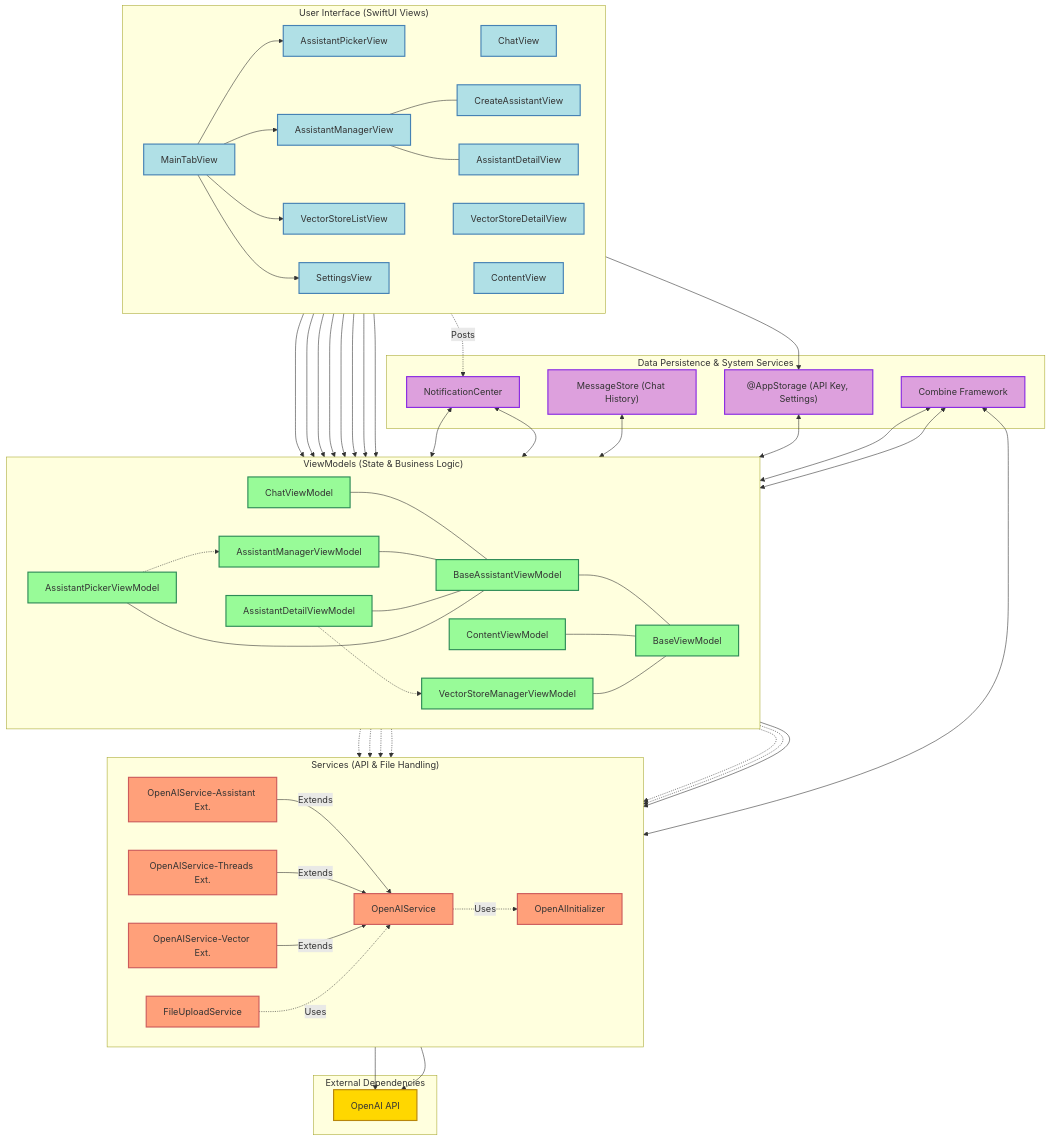
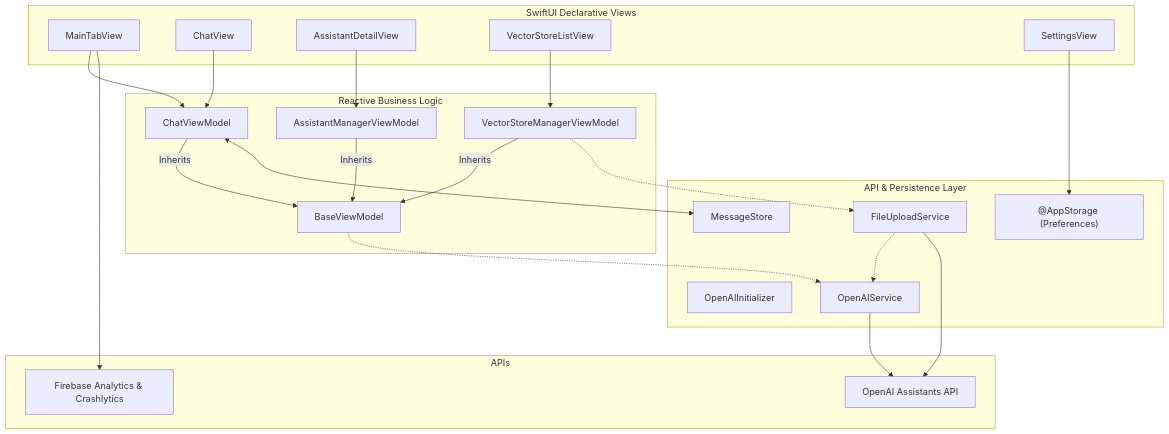
One commit to Gunnarguy/OpenAssistant changed the second of 4 diagrams in README.md. Above: the diagram before and after it, drawn with Mermaid. The commit also changed other lines of this file and 7 other files, not shown here.

`````diff
--- a/README.md
+++ b/README.md
@@ -100,104 +68,52 @@
 ```mermaid
 graph TD
-    subgraph "User Interface (SwiftUI Views)"
-        direction LR
+    subgraph Views [SwiftUI Declarative Views]
+        V_Tab[MainTabView]
         V_Chat[ChatView]
-        V_AsstMgr[AssistantManagerView]
-        V_AsstDetail[AssistantDetailView]
-        V_VecStoreList[VectorStoreListView]
-        V_VecStoreDetail[VectorStoreDetailView]
+        V_Detail[AssistantDetailView]
+        V_Vector[VectorStoreListView]
         V_Settings[SettingsView]
-        V_Picker[AssistantPickerView]
-        V_CreateAsst[CreateAssistantView]
-        V_MainTab[MainTabView]
-        V_Content[ContentView]
     end
 
-    subgraph "ViewModels (State & Business Logic)"
-        direction LR
+    subgraph ViewModels [Reactive Business Logic]
         VM_Base[BaseViewModel]
-        VM_BaseAsst[BaseAssistantViewModel] --- VM_Base
-        VM_Content[ContentViewModel] --- VM_Base
-        VM_Chat[ChatViewModel] --- VM_BaseAsst
-        VM_AsstMgr[AssistantManagerViewModel] --- VM_BaseAsst
-        VM_AsstDetail[AssistantDetailViewModel] --- VM_BaseAsst
-        VM_AsstPicker[AssistantPickerViewModel] --- VM_BaseAsst
-        VM_VecStoreMgr[VectorStoreManagerViewModel] --- VM_Base
+        VM_Chat[ChatViewModel]
+        VM_Asst[AssistantManagerViewModel]
+        VM_Vector[VectorStoreManagerViewModel]
     end
 
-    subgraph "Services (API & File Handling)"
-        direction LR
-        S_OpenAI_Init[OpenAIInitializer]
-        S_OpenAI[OpenAIService] -. Uses .-> S_OpenAI_Init
-        S_OpenAI_AsstExt[OpenAIService-Assistant Ext.] -- Extends --> S_OpenAI
-        S_OpenAI_ThreadExt[OpenAIService-Threads Ext.] -- Extends --> S_OpenAI
-        S_OpenAI_VecExt[OpenAIService-Vector Ext.] -- Extends --> S_OpenAI
-        S_FileUpload[FileUploadService] -. Uses .-> S_OpenAI
+    subgraph Services [API & Persistence Layer]
+        S_Init[OpenAIInitializer]
+        S_API[OpenAIService]
+        S_Upload[FileUploadService]
+        P_Message[MessageStore]
+        P_Storage["@AppStorage (Preferences)"]
     end
 
-    subgraph "Data Persistence & System Services"
-        P_AppStorage["@AppStorage (API Key, Settings)"]
-        P_MessageStore["MessageStore (Chat History)"]
-        P_NotifCenter[NotificationCenter]
-        P_Combine["Combine Framework"]
+    subgraph External [APIs]
+        E_OpenAI[OpenAI Assistants API]
+        E_Firebase[Firebase Analytics & Crashlytics]
     end
 
-    subgraph "External Dependencies"
-        Ext_OpenAI_API[OpenAI API]
-    end
-
-    %% View to ViewModel (User Actions & Data Binding)
-    V_Content --> VM_Content
-    V_MainTab --> V_Picker
-    V_MainTab --> V_AsstMgr
-    V_MainTab --> V_VecStoreList
-    V_MainTab --> V_Settings
-    V_Picker --> VM_AsstPicker
-    V_AsstMgr --> VM_AsstMgr
-    V_AsstMgr --- V_CreateAsst
-    V_AsstMgr --- V_AsstDetail
-    V_CreateAsst --> VM_AsstMgr
-    V_AsstDetail --> VM_AsstDetail
-    V_VecStoreList --> VM_VecStoreMgr
-    V_VecStoreDetail --> VM_VecStoreMgr
+    %% View to VM bindings
+    V_Tab --> VM_Chat
     V_Chat --> VM_Chat
-    V_Settings --> P_AppStorage
-    V_Settings -. Posts .-> P_NotifCenter
-
-    %% ViewModel to Service (Requesting Data/Actions)
-    VM_Base --> S_OpenAI
-    VM_Chat -.-> S_OpenAI_ThreadExt
-    VM_AsstMgr -.-> S_OpenAI_AsstExt
-    VM_AsstMgr -.-> S_OpenAI_VecExt
-    VM_AsstDetail -.-> S_OpenAI_AsstExt
-    VM_AsstDetail -.-> VM_VecStoreMgr
-    VM_AsstPicker -.-> VM_AsstMgr
-    VM_VecStoreMgr -.-> S_OpenAI_VecExt
-    VM_VecStoreMgr -.-> S_FileUpload
-
-    %% Service to External API
-    S_OpenAI --> Ext_OpenAI_API
-    S_FileUpload --> Ext_OpenAI_API
-
-    %% Data Flow & State Management
-    P_MessageStore <--> VM_Chat
-    P_AppStorage <--> VM_Base
-    P_NotifCenter <--> VM_Base
-    P_NotifCenter <--> VM_Content
-    P_Combine <--> S_OpenAI
-    P_Combine <--> VM_Base
-    P_Combine <--> VM_VecStoreMgr
-
-
-    classDef view fill:#B0E0E6,stroke:#4682B4,stroke-width:2px;
-    classDef viewModel fill:#98FB98,stroke:#2E8B57,stroke-width:2px;
-    classDef service fill:#FFA07A,stroke:#CD5C5C,stroke-width:2px;
-    classDef persistence fill:#DDA0DD,stroke:#8A2BE2,stroke-width:2px;
-    classDef external fill:#FFD700,stroke:#B8860B,stroke-width:2px;
-
-    class V_Chat,V_AsstMgr,V_AsstDetail,V_VecStoreList,V_VecStoreDetail,V_Settings,V_Picker,V_CreateAsst,V_MainTab,V_Content view;
-    class VM_Base,VM_BaseAsst,VM_Content,VM_Chat,VM_AsstMgr,VM_AsstDetail,VM_AsstPicker,VM_VecStoreMgr viewModel;
-    class S_OpenAI_Init,S_OpenAI,S_OpenAI_AsstExt,S_OpenAI_ThreadExt,S_OpenAI_VecExt,S_FileUpload service;
-    class P_AppStorage,P_MessageStore,P_NotifCenter,P_Combine persistence;
-    class Ext_OpenAI_API external;
-````
+    V_Detail --> VM_Asst
+    V_Vector --> VM_Vector
+    V_Settings --> P_Storage
+    
+    VM_Chat -- Inherits --> VM_Base
+    VM_Asst -- Inherits --> VM_Base
+    VM_Vector -- Inherits --> VM_Base
+    
+    %% VM to Service interactions
+    VM_Base -.-> S_API
+    VM_Chat <--> P_Message
+    VM_Vector -.-> S_Upload
+    S_Upload -.-> S_API
+    
+    %% Service to API
+    S_API --> E_OpenAI
+    S_Upload --> E_OpenAI
+    V_Tab --> E_Firebase
+```
`````
